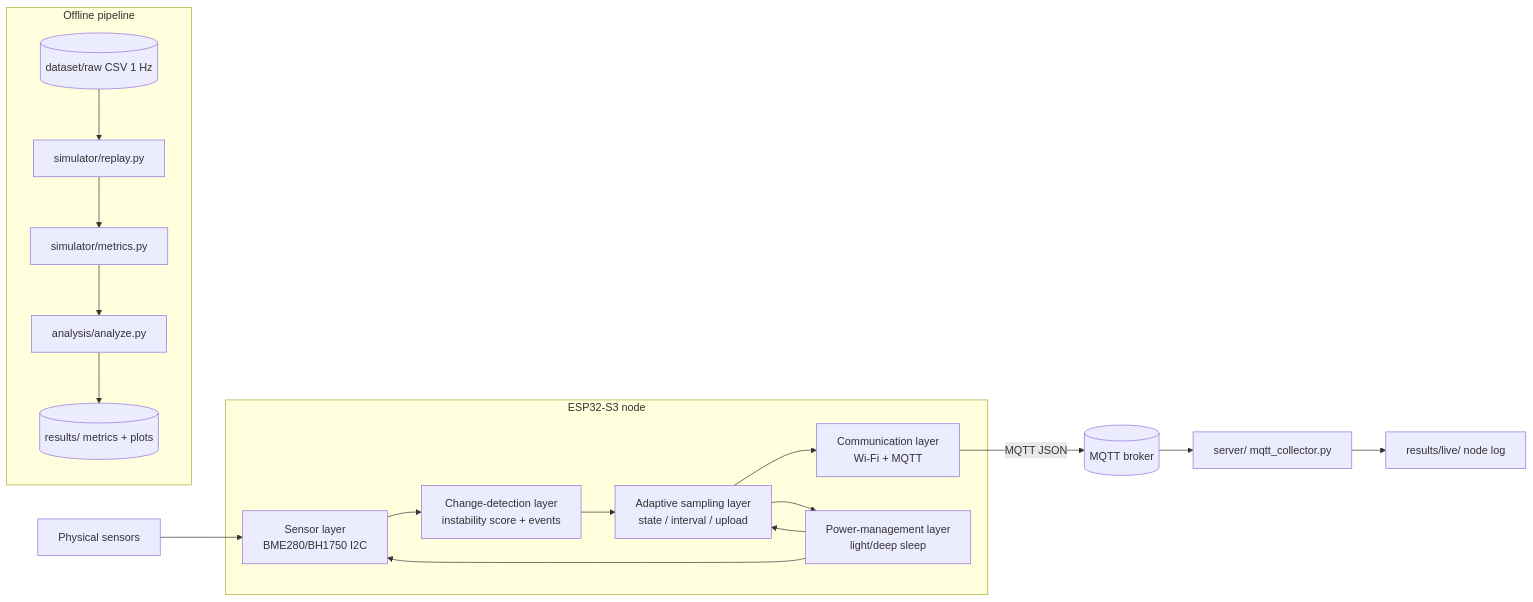
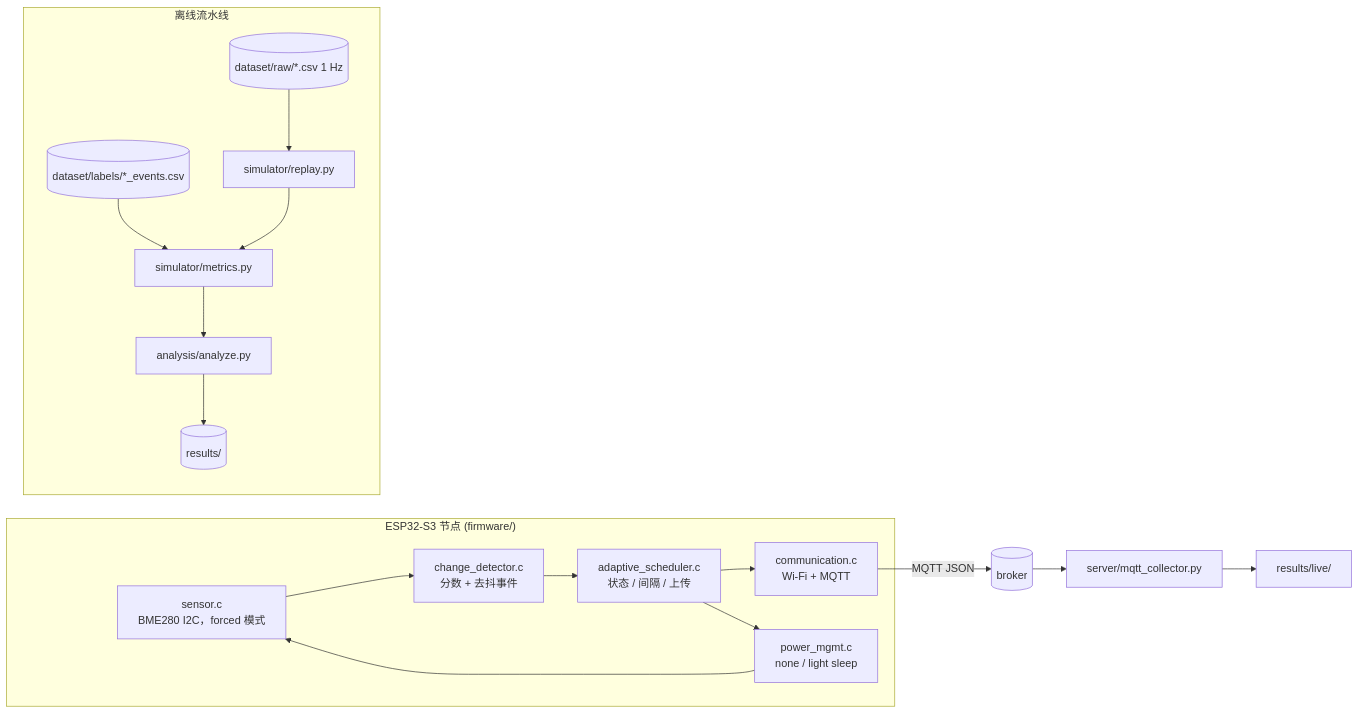
The diagram in README_zh.md (Sver0411/AdaptiveSense), drawn with Mermaid before and after one commit. The commit also changed other lines of this file and 118 other files, not shown here.

````diff
--- a/README_zh.md
+++ b/README_zh.md
@@ -78,22 +50,21 @@
 ```mermaid
 flowchart LR
-    subgraph Node["ESP32-S3 node"]
-        SEN[Sensor layer<br/>BME280/BH1750 I2C] --> CD[Change-detection layer<br/>instability score + events]
-        CD --> AS[Adaptive sampling layer<br/>state / interval / upload]
-        AS --> COMM[Communication layer<br/>Wi-Fi + MQTT]
-        AS --> PM[Power-management layer<br/>light/deep sleep]
+    subgraph Node["ESP32-S3 节点 (firmware/)"]
+        SEN[sensor.c<br/>BME280 I2C，forced 模式] --> CD[change_detector.c<br/>分数 + 去抖事件]
+        CD --> AS[adaptive_scheduler.c<br/>状态 / 间隔 / 上传]
+        AS --> COMM[communication.c<br/>Wi-Fi + MQTT]
+        AS --> PM[power_mgmt.c<br/>none / light sleep]
         PM --> SEN
-        PM --> AS
     end
-    SENSORS["Physical sensors"] --> SEN
-    COMM -->|MQTT JSON| BROKER[(MQTT broker)]
-    BROKER --> COLLECT[server/ mqtt_collector.py]
-    COLLECT --> RESLOG[results/live/ node log]
+    COMM -->|MQTT JSON| BROKER[(broker)]
+    BROKER --> COLLECT[server/mqtt_collector.py]
+    COLLECT --> LIVE[results/live/]
 
-    subgraph Analysis["Offline pipeline"]
-        DAT[(dataset/raw CSV 1 Hz)] --> REPLAY[simulator/replay.py]
-        REPLAY --> MET[simulator/metrics.py]
+    subgraph Analysis["离线流水线"]
+        RAW[(dataset/raw/*.csv 1 Hz)] --> REPLAY[simulator/replay.py]
+        LAB[(dataset/labels/*_events.csv)] --> MET[simulator/metrics.py]
+        REPLAY --> MET
         MET --> ANA[analysis/analyze.py]
-        ANA --> RES[(results/ metrics + plots)]
+        ANA --> RES[(results/)]
     end
 ```
````
